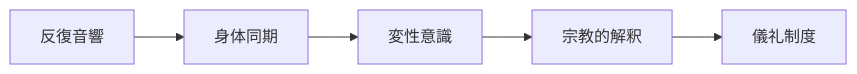
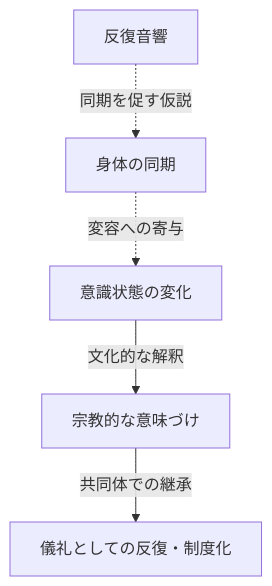
The first of 2 diagrams in articles/report/music-trance-ritual-origin-religion/ja/index.mdx (daylight55/research), drawn with Mermaid before and after one commit. The commit also changed other lines of this file and 181 other files, not shown here.

First line of the commit message:
全記事の図解368点を再生成し、共通注意書きを削除 (#402)

````diff
--- a/articles/report/music-trance-ritual-origin-religion/ja/index.mdx
+++ b/articles/report/music-trance-ritual-origin-religion/ja/index.mdx
@@ -33,7 +33,14 @@
 ```mermaid
-flowchart LR
-  Beat["反復音響"] --> Sync["身体同期"]
-  Sync --> State["変性意識"]
-  State --> Meaning["宗教的解釈"]
-  Meaning --> Institution["儀礼制度"]
+flowchart TD
+  accTitle: 反復音響と儀礼的意味を結ぶ概念モデル
+  accDescr: 身体同期、意識変容、宗教的解釈、制度化の関係を示す仮説であり、音楽が宗教を生むという単線的な起源説ではない。
+  N0["反復音響"]
+  N1["身体の同期"]
+  N2["意識状態の変化"]
+  N3["宗教的な意味づけ"]
+  N4["儀礼としての反復・制度化"]
+  N0 -.->|同期を促す仮説| N1
+  N1 -.->|変容への寄与| N2
+  N2 -->|文化的な解釈| N3
+  N3 -->|共同体での継承| N4
 ```
````
